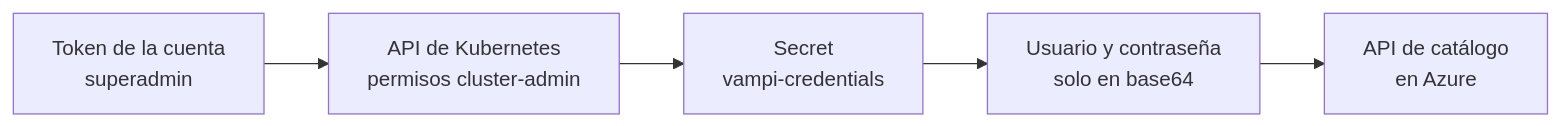
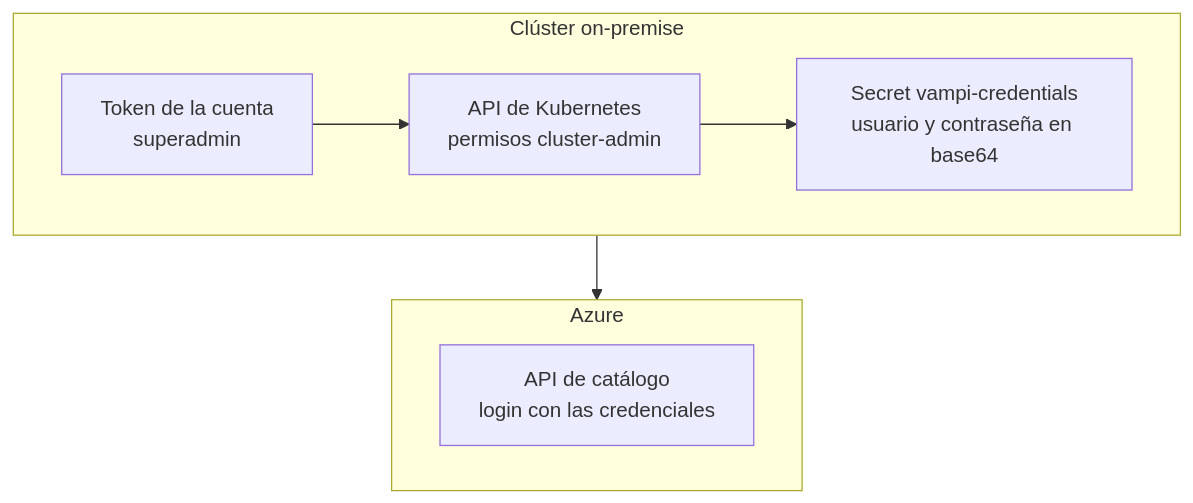
One commit to Pentesting-Nublopost-onprem/cloud-security-assessment changed the third of 3 diagrams in reports/final-report/informe-final.md. Above: the diagram before and after it, drawn with Mermaid. The commit also changed other lines of this file and 41 other files, not shown here.

````diff
--- a/reports/final-report/informe-final.md
+++ b/reports/final-report/informe-final.md
@@ -305,7 +583,11 @@
 ```mermaid
-flowchart LR
-  T["Token de la cuenta<br/>superadmin"] --> API["API de Kubernetes<br/>permisos cluster-admin"]
-  API --> S["Secret<br/>vampi-credentials"]
-  S --> C["Usuario y contraseña<br/>solo en base64"]
-  C --> V["API de catálogo<br/>en Azure"]
+flowchart TB
+  subgraph ONP["Clúster on-premise"]
+    direction LR
+    T["Token de la cuenta<br/>superadmin"] --> API["API de Kubernetes<br/>permisos cluster-admin"] --> S["Secret vampi-credentials<br/>usuario y contraseña en base64"]
+  end
+  subgraph AZ["Azure"]
+    V["API de catálogo<br/>login con las credenciales"]
+  end
+  ONP --> AZ
 ```
````
